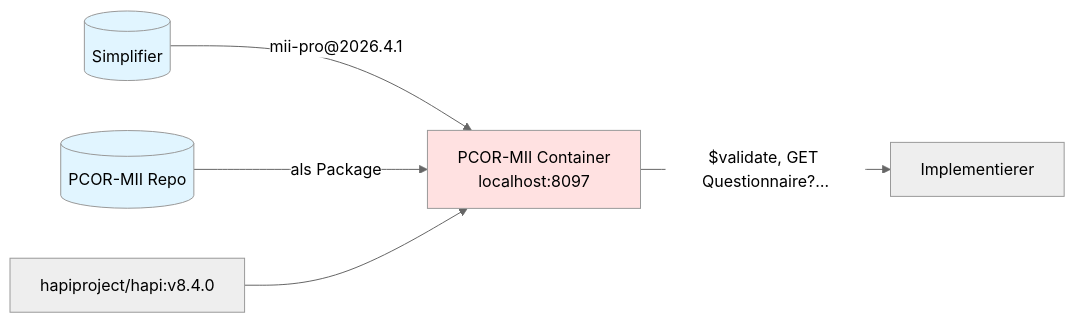
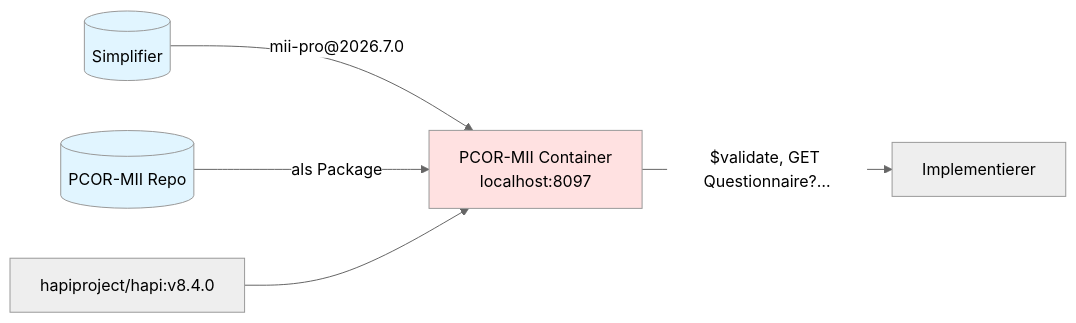
Before and after one commit to BIH-CEI/PCOR-MII: the first of 2 diagrams in input/pagecontent/Bereitstellung.md, drawn with Mermaid (neutral theme). The commit also changed other lines of this file and 20 other files, not shown here.

````diff
--- a/input/pagecontent/Bereitstellung.md
+++ b/input/pagecontent/Bereitstellung.md
@@ -18,11 +18,11 @@
 ```mermaid
 flowchart LR
-    SIMPLIFIER[("Simplifier")] -->|"mii-pro@2026.4.1"| HAPI
+    SIMPLIFIER[("Simplifier")] -->|"mii-pro@2026.7.0"| HAPI
     REPO[("PCOR-MII Repo")] -->|"als Package"| HAPI
     HAPI_BASE["hapiproject/hapi:v8.4.0"] --> HAPI["PCOR-MII Container<br/>localhost:8097"]
     HAPI -->|"$validate, GET Questionnaire?…"| CLIENT["Implementierer"]
 
     style HAPI fill:#ffe1e1
     style SIMPLIFIER fill:#e1f5ff
     style REPO fill:#e1f5ff
 ```
````
